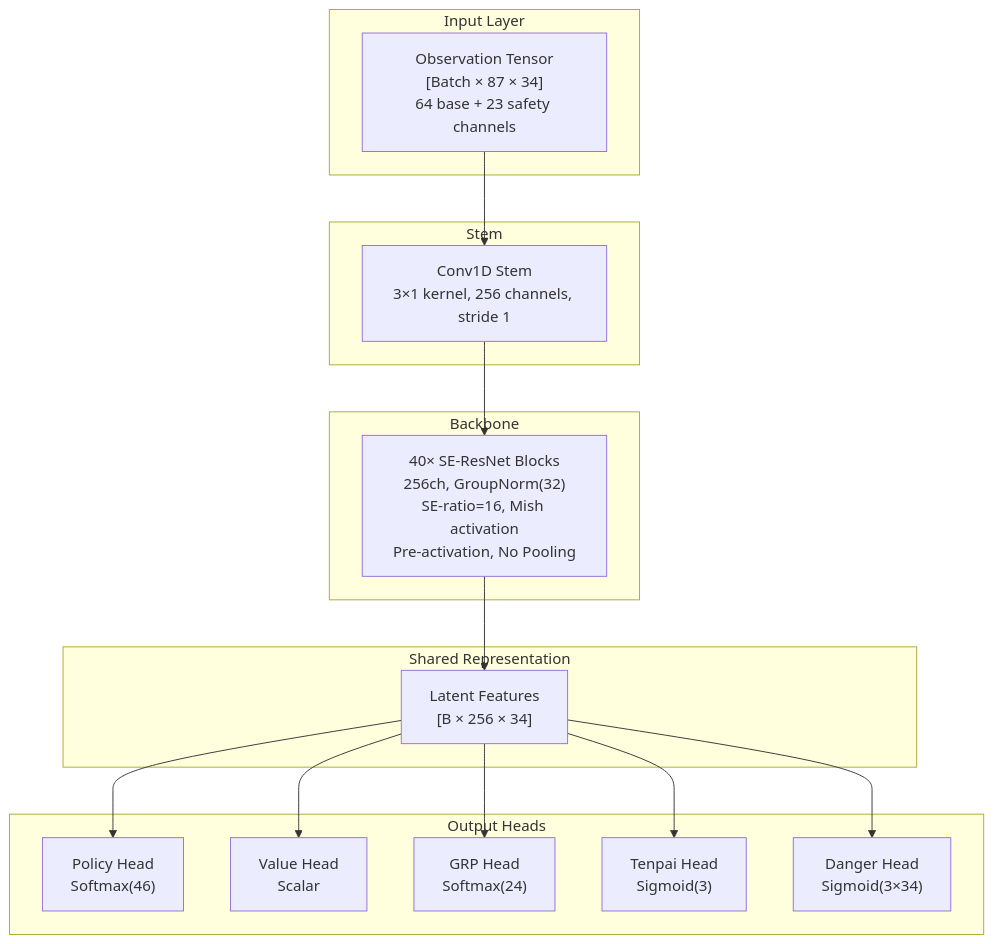
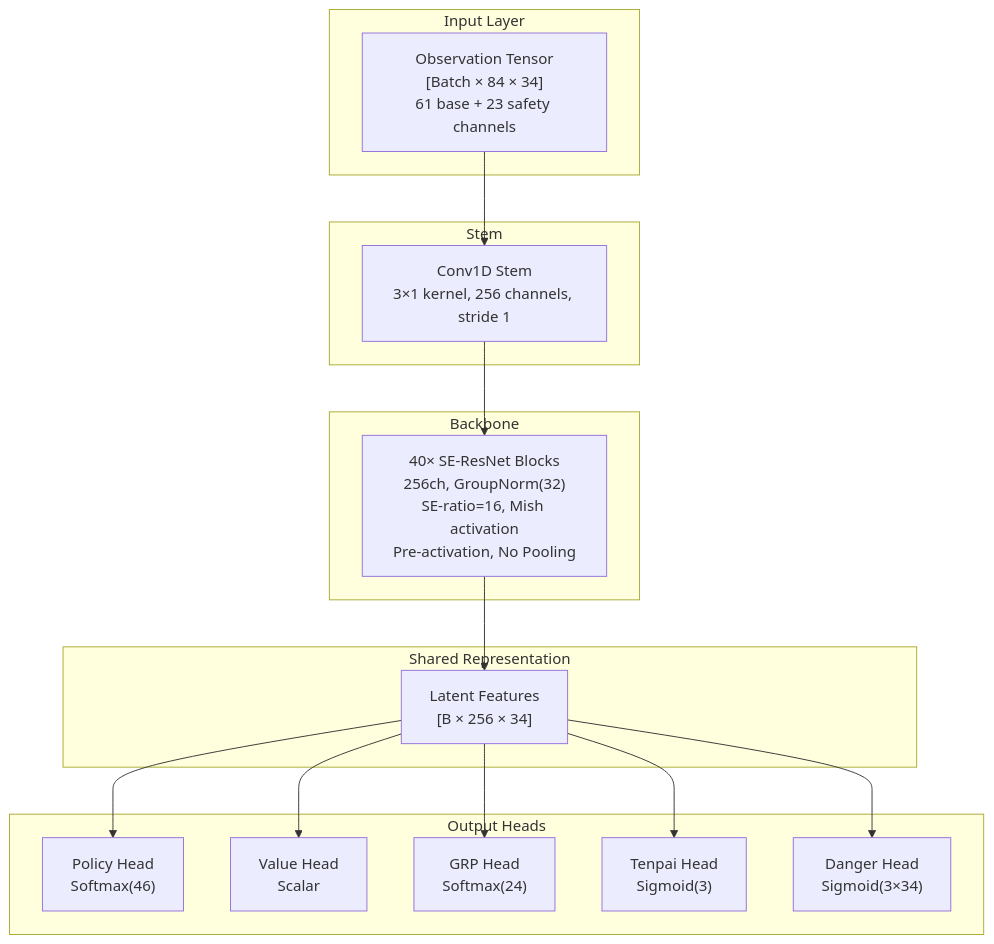
The first of 9 diagrams in research/HYDRA_SPEC.md (NikkeTryHard/hydra), drawn with Mermaid before and after one commit. The commit also changed other lines of this file and 3 other files, not shown here.

````diff
--- a/research/HYDRA_SPEC.md
+++ b/research/HYDRA_SPEC.md
@@ -38,35 +40,35 @@
 ```mermaid
 graph TB
     subgraph "Input Layer"
-        INPUT["Observation Tensor<br/>[Batch × 87 × 34]<br/>64 base + 23 safety channels"]
+        INPUT["Observation Tensor<br/>[Batch × 84 × 34]<br/>61 base + 23 safety channels"]
     end
 
     subgraph "Stem"
         STEM["Conv1D Stem<br/>3×1 kernel, 256 channels, stride 1"]
     end
 
     subgraph "Backbone"
         RES["40× SE-ResNet Blocks<br/>256ch, GroupNorm(32)<br/>SE-ratio=16, Mish activation<br/>Pre-activation, No Pooling"]
     end
 
     subgraph "Shared Representation"
         LATENT["Latent Features<br/>[B × 256 × 34]"]
     end
 
     subgraph "Output Heads"
         POLICY["Policy Head<br/>Softmax(46)"]
         VALUE["Value Head<br/>Scalar"]
         GRP["GRP Head<br/>Softmax(24)"]
         TENPAI["Tenpai Head<br/>Sigmoid(3)"]
         DANGER["Danger Head<br/>Sigmoid(3×34)"]
     end
 
     INPUT --> STEM
     STEM --> RES
     RES --> LATENT
     LATENT --> POLICY
     LATENT --> VALUE
     LATENT --> GRP
     LATENT --> TENPAI
     LATENT --> DANGER
 ```
````
